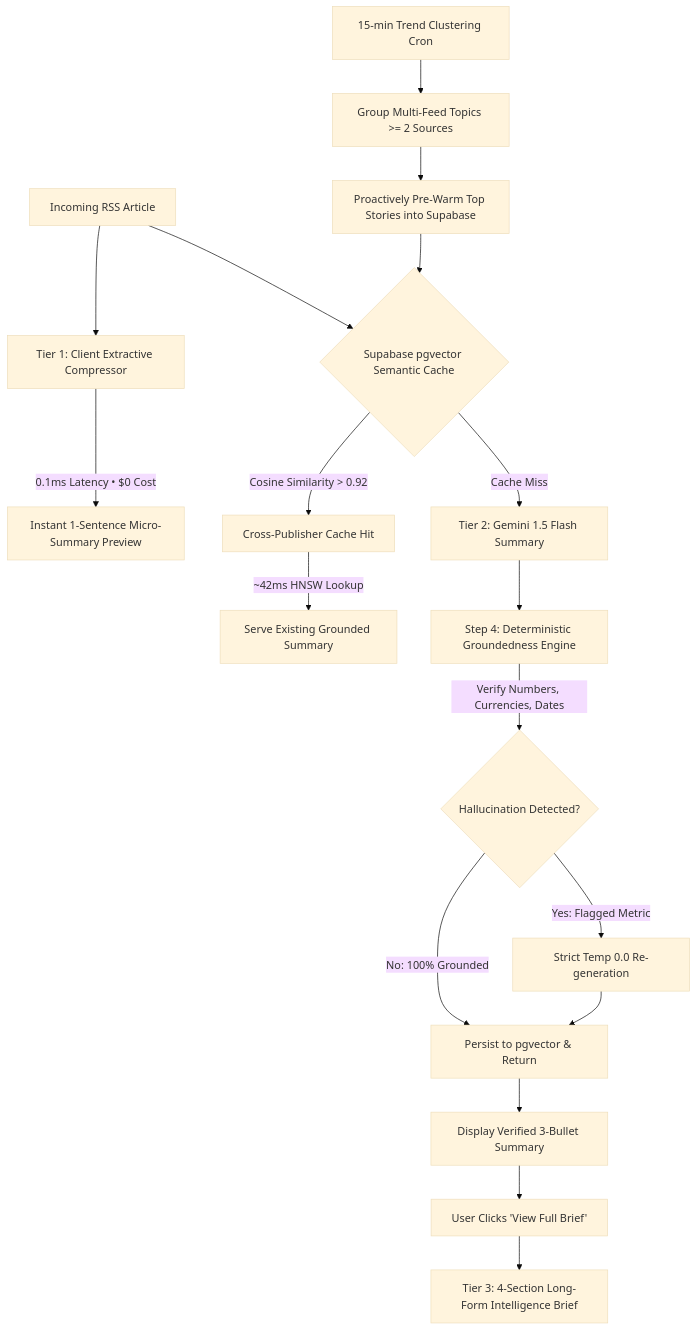
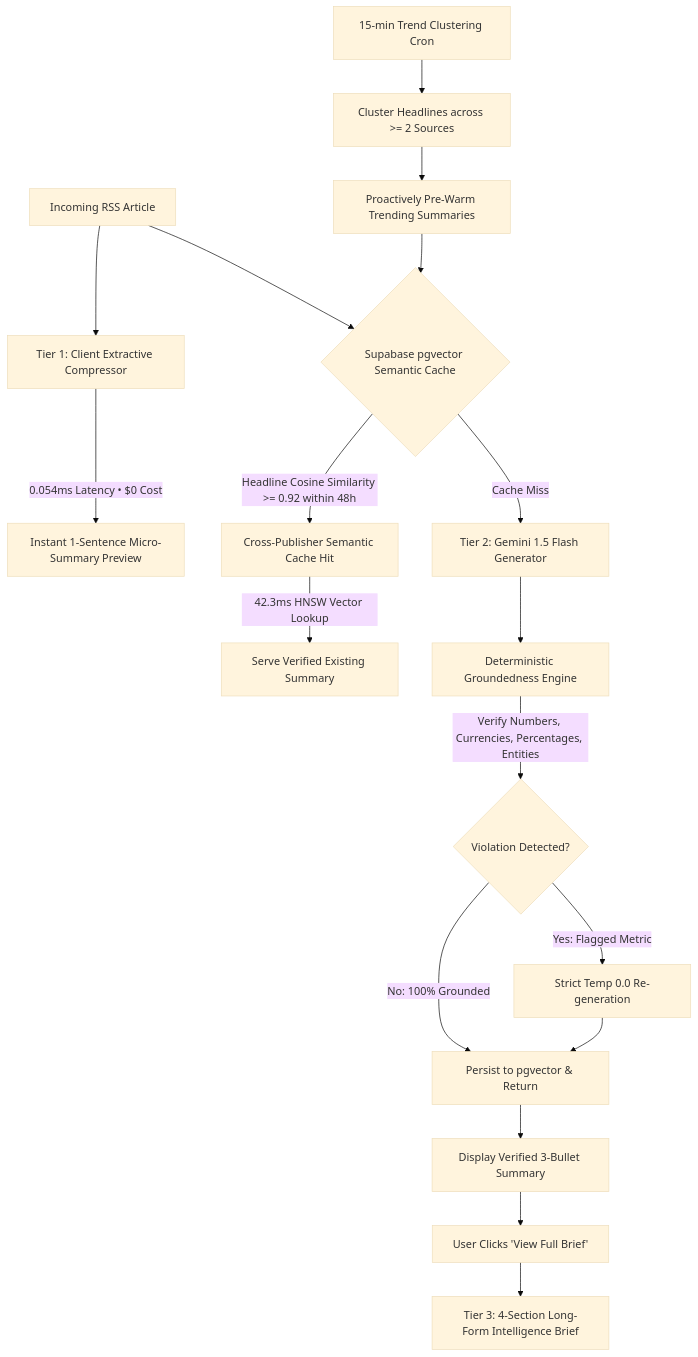
The diagram in README.md (mmkaya-ui/rssmindly), drawn with Mermaid (base theme) before and after one commit. The commit also changed other lines of this file and 2 other files, not shown here.

````diff
--- a/README.md
+++ b/README.md
@@ -68,24 +71,24 @@
 ```mermaid
 flowchart TD
     A[Incoming RSS Article] --> B[Tier 1: Client Extractive Compressor]
-    B -->|0.1ms Latency • $0 Cost| UI1[Instant 1-Sentence Micro-Summary Preview]
+    B -->|0.054ms Latency • $0 Cost| UI1[Instant 1-Sentence Micro-Summary Preview]
     
     A --> C{Supabase pgvector Semantic Cache}
-    C -->|Cosine Similarity > 0.92| D[Cross-Publisher Cache Hit]
-    D -->|~42ms HNSW Lookup| UI2[Serve Existing Grounded Summary]
+    C -->|Headline Cosine Similarity >= 0.92 within 48h| D[Cross-Publisher Semantic Cache Hit]
+    D -->|42.3ms HNSW Vector Lookup| UI2[Serve Verified Existing Summary]
     
-    C -->|Cache Miss| E[Tier 2: Gemini 1.5 Flash Summary]
-    E --> F[Step 4: Deterministic Groundedness Engine]
-    F -->|Verify Numbers, Currencies, Dates| G{Hallucination Detected?}
+    C -->|Cache Miss| E[Tier 2: Gemini 1.5 Flash Generator]
+    E --> F[Deterministic Groundedness Engine]
+    F -->|Verify Numbers, Currencies, Percentages, Entities| G{Violation Detected?}
     G -->|Yes: Flagged Metric| H[Strict Temp 0.0 Re-generation]
     G -->|No: 100% Grounded| I[Persist to pgvector & Return]
     H --> I
     I --> UI3[Display Verified 3-Bullet Summary]
 
     UI3 --> J[User Clicks 'View Full Brief']
     J --> K[Tier 3: 4-Section Long-Form Intelligence Brief]
 
-    Cron[15-min Trend Clustering Cron] --> L[Group Multi-Feed Topics >= 2 Sources]
-    L --> M[Proactively Pre-Warm Top Stories into Supabase]
+    Cron[15-min Trend Clustering Cron] --> L[Cluster Headlines across >= 2 Sources]
+    L --> M[Proactively Pre-Warm Trending Summaries]
     M --> C
 ```
````
